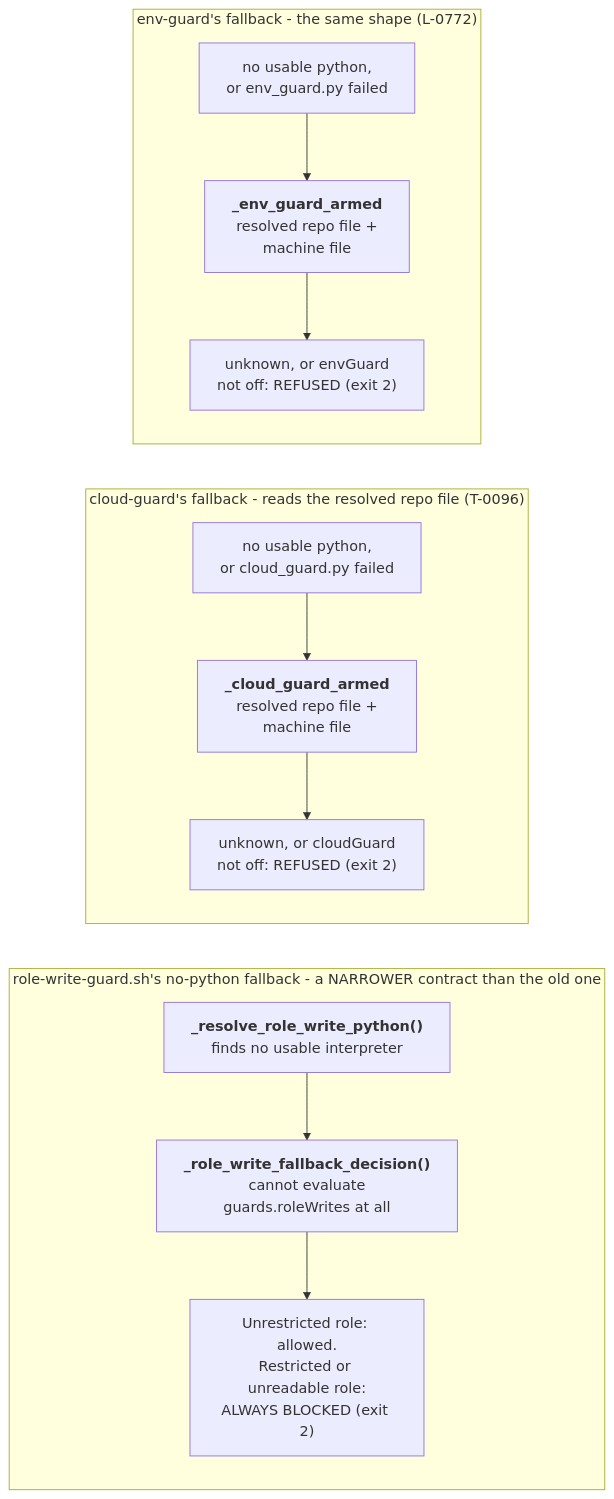
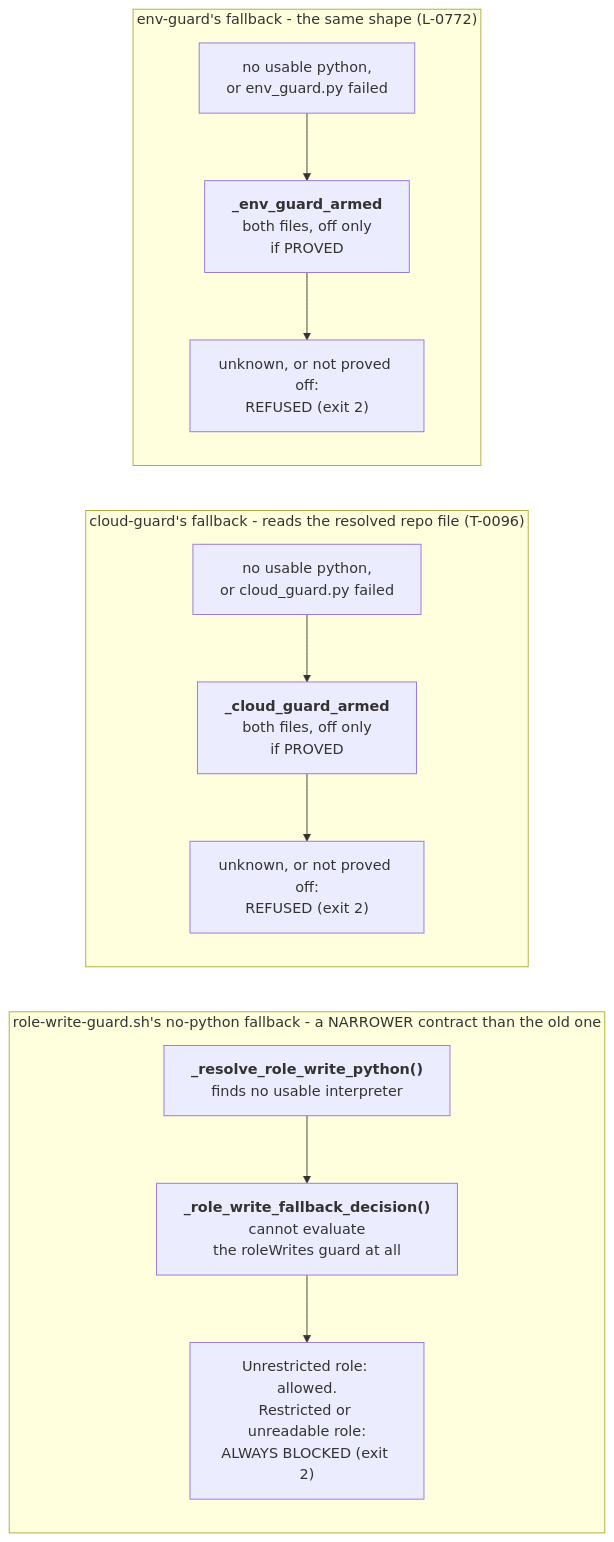
One commit to mbadali25/useful-claude-add-ons changed the diagram in docs/diagrams/data-flow-crew-config-no-python.mmd. Above: the diagram before and after it, drawn with Mermaid. The commit also changed 98 other files, not shown here.

Commit message:
L-0725: docs sweep, rebuilt guides and diagrams, test fixes, migrate.md within budget

```diff
--- a/docs/diagrams/data-flow-crew-config-no-python.mmd
+++ b/docs/diagrams/data-flow-crew-config-no-python.mmd
@@ -1,59 +1,63 @@
 %% Generated from useful-claude-add-ons@452b30cc on 2026-10-02. Verify before trusting.
 %% Anchors: plugin/crew/hooks/scripts/role-write-guard.sh, plugin/crew/hooks/scripts/cloud-guard.sh, plugin/crew/hooks/scripts/env-guard.sh
+%% Re-drawn for L-0725: the cloud and env fallbacks no longer trust the first match or read a missing token as off.
+%%    crew_guard_layer_armed (_common.sh) calls a layer unarmed only when the file is absent, or it ends in a closing brace, holds no
+%%    JSON unicode escape, every "guards" token is followed by an opening brace, and every "profile" and guard-key value is the
+%%    literal off with as many values as tokens. Anything else is armed. The :NNN citations below predate that edit and were not re-measured.
 %% Re-drawn for L-0772 on 2026-10-11: the environment guard's fallback (EG1-EG3), read at L-0772-env-guard.
 %% Re-drawn for T-0096 on 2026-10-04: the cloud guard's fallback (CG1-CG3), read at T-0096-build.
-%% Purpose: What three guards do when they cannot find python: role-write-guard.sh cannot read guards.roleWrites, so it always blocks a restricted role; cloud-guard.sh reads cloudGuard crudely from the resolved repo file and the machine file, and refuses when armed or when git cannot name a lane's main checkout; env-guard.sh does the same for envGuard.
+%% Purpose: What three guards do when they cannot find python: role-write-guard.sh cannot evaluate the roleWrites guard (guards.profile and guards.overrides.roleWrites), so it always blocks a restricted role; cloud-guard.sh reads the resolved repo file and the machine file crudely, treats a layer as unarmed only when it can PROVE every profile and cloudGuard value is the literal off, and refuses otherwise or when git cannot name a lane's main checkout; env-guard.sh does the same for envGuard.
 %% Embed: none
 %% Split from data-flow-crew-config.mmd (the overview); edges to other parts are drawn there.
 %%  6. role-write-guard.sh's no-python fallback (:301-346) is a NEW, narrower
 %%     contract, not the old policy-reading fallback (removed): without a
-%%     working python it cannot evaluate guards.roleWrites at all, so it only
+%%     working python it cannot evaluate the roleWrites guard (guards.overrides.roleWrites, guards.profile) at all, so it only
 %%     tells a restricted role from an unrestricted one and fails CLOSED for
 %%     the restricted side - "off"/"report" and pm's own path allowances
 %%     require python to take effect; a restricted role's write is ALWAYS
 %%     blocked with no python on PATH.
 %% Note NP1: _resolve_role_write_python() plugin/crew/hooks/scripts/role-write-guard.sh:44- fails to find a
 %%    usable interpreter
-%% Note NP2: _role_write_fallback_decision() :326-346. Cannot evaluate guards.roleWrites (off/report/pm's own
+%% Note NP2: _role_write_fallback_decision() :326-346. Cannot evaluate the roleWrites guard (off/report/pm's own
 %%    path allowances) at all - only tells a restricted role from an unrestricted one via the deny-list mirror
 %% Note NP3: Unrestricted role: allowed unjudged. Restricted role (pm or _DENY_ROLES) OR a role this fallback
-%%    could not even read: ALWAYS BLOCKED (exit 2), regardless of what guards.roleWrites actually says
+%%    could not even read: ALWAYS BLOCKED (exit 2), regardless of what guards.overrides.roleWrites actually says
 %%    :339-345
 %% Note CG1: crew_py_strict plugin/crew/hooks/scripts/_common.sh finds no usable interpreter, or
 %%    cloud_guard.py exits non-zero (cloud-guard.sh:55-78)
 %% Note CG2: _cloud_guard_armed plugin/crew/hooks/scripts/cloud-guard.sh:40; armed when the resolver is missing. The repo file is
 %%    crew_repo_config_dir's (_common.sh:328): a lane with no config of its own reads the main checkout's.
 %%    (Its PowerShell twin, Test-CloudGuardArmed in cloud-guard.ps1, was deleted in L-0727 slice 3.)
-%% Note CG3: source unknown, or any cloudGuard value other than off in either file: exit 2 (refuse).
+%% Note CG3: source unknown, or a layer that cannot be PROVED off (any profile or cloudGuard value other than off, or a file it cannot read): exit 2 (refuse).
 %%    Otherwise exit 0, unjudged.
 %% Note EG1: crew_py_strict finds no usable interpreter, or env_guard.py exits non-zero (env-guard.sh:53-76).
 %% Note EG2: _env_guard_armed plugin/crew/hooks/scripts/env-guard.sh:38, the same shape as _cloud_guard_armed: armed when
 %%    the resolver is missing; the repo file is crew_repo_config_dir's. Twin:
 %%    env_guard._crude_armed in python when crew's own config readers raise.
-%% Note EG3: source unknown, or any envGuard value other than off in either file: exit 2 (refuse). Otherwise
+%% Note EG3: source unknown, or a layer that cannot be PROVED off (any profile or envGuard value other than off, or a file it cannot read): exit 2 (refuse). Otherwise
 %%    exit 0, unjudged.
 flowchart LR
 
     subgraph NoPython["role-write-guard.sh's no-python fallback - a NARROWER contract than the old one"]
         direction TB
         NP1["<b>_resolve_role_write_python()</b><br/>finds no usable interpreter"]
-        NP2["<b>_role_write_fallback_decision()</b><br/>cannot evaluate<br/>guards.roleWrites at all"]
+        NP2["<b>_role_write_fallback_decision()</b><br/>cannot evaluate<br/>the roleWrites guard at all"]
         NP3["Unrestricted role: allowed.<br/>Restricted or unreadable role:<br/>ALWAYS BLOCKED (exit 2)"]
         NP1 --> NP2 --> NP3
     end
 
     subgraph CloudNoPython["cloud-guard's fallback - reads the resolved repo file (T-0096)"]
         direction TB
         CG1["no usable python,<br/>or cloud_guard.py failed"]
-        CG2["<b>_cloud_guard_armed</b><br/>resolved repo file +<br/>machine file"]
-        CG3["unknown, or cloudGuard<br/>not off: REFUSED (exit 2)"]
+        CG2["<b>_cloud_guard_armed</b><br/>both files, off only<br/>if PROVED"]
+        CG3["unknown, or not proved off:<br/>REFUSED (exit 2)"]
         CG1 --> CG2 --> CG3
     end
 
     subgraph EnvNoPython["env-guard's fallback - the same shape (L-0772)"]
         direction TB
         EG1["no usable python,<br/>or env_guard.py failed"]
-        EG2["<b>_env_guard_armed</b><br/>resolved repo file +<br/>machine file"]
-        EG3["unknown, or envGuard<br/>not off: REFUSED (exit 2)"]
+        EG2["<b>_env_guard_armed</b><br/>both files, off only<br/>if PROVED"]
+        EG3["unknown, or not proved off:<br/>REFUSED (exit 2)"]
         EG1 --> EG2 --> EG3
     end
```
